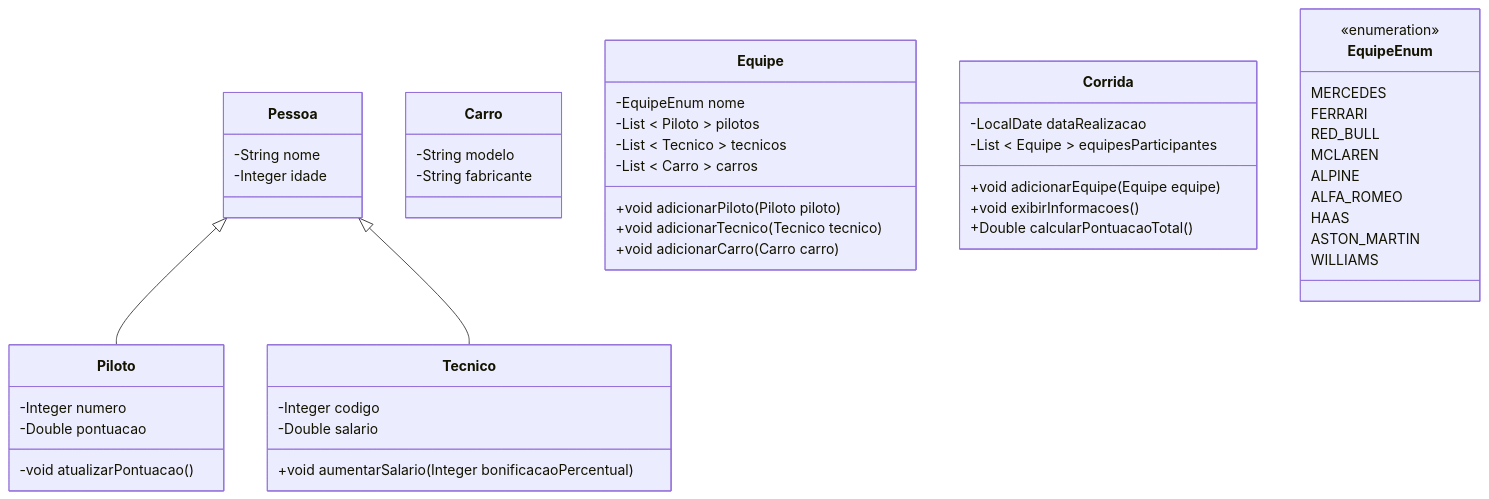
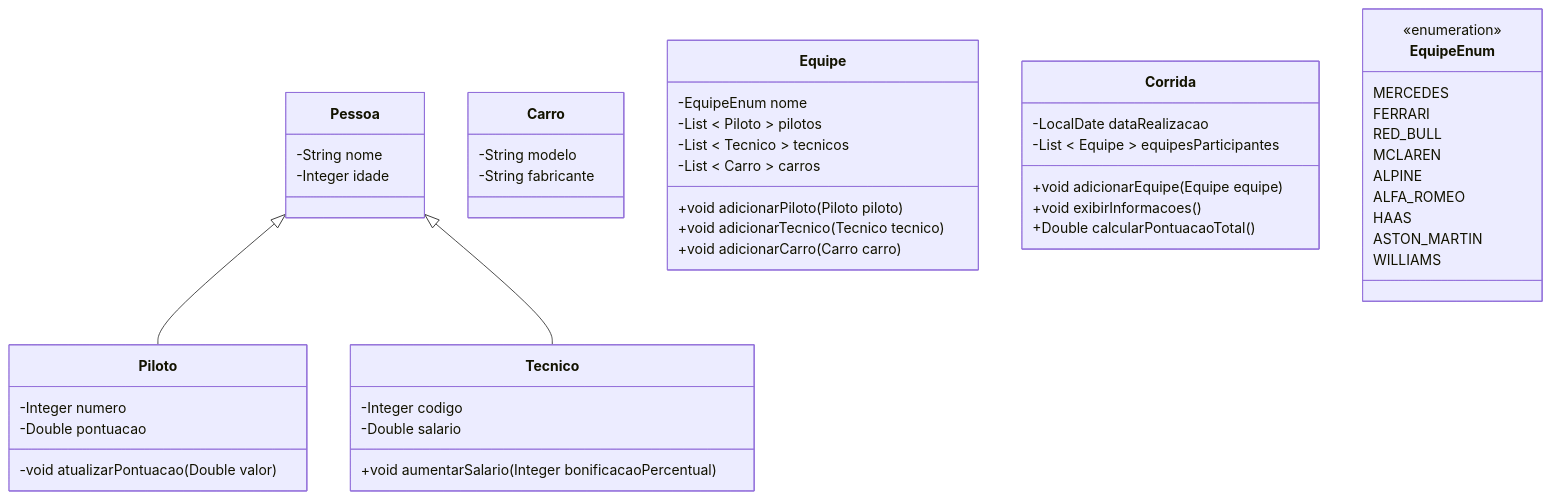
The diagram in exercicio-002/versao-002/README.md (heltonricardo/enunciados-exercicios-java), drawn with Mermaid before and after one commit. The commit also changed other lines of this file, not shown here.

````diff
--- a/exercicio-002/versao-002/README.md
+++ b/exercicio-002/versao-002/README.md
@@ -13,59 +13,59 @@
 ```mermaid
 classDiagram
 
 class Pessoa {
   -String nome
   -Integer idade
 }
 
 class Piloto {
   -Integer numero
   -Double pontuacao
-  -void atualizarPontuacao()
+  -void atualizarPontuacao(Double valor)
 }
 
 class Tecnico {
   -Integer codigo
   -Double salario
   +void aumentarSalario(Integer bonificacaoPercentual)
 }
 
 class Carro {
   -String modelo
   -String fabricante
 }
 
 class Equipe {
   -EquipeEnum nome
   -List < Piloto > pilotos
   -List < Tecnico > tecnicos
   -List < Carro > carros
   +void adicionarPiloto(Piloto piloto)
   +void adicionarTecnico(Tecnico tecnico)
   +void adicionarCarro(Carro carro)
 }
 
 class Corrida {
   -LocalDate dataRealizacao
   -List < Equipe > equipesParticipantes
   +void adicionarEquipe(Equipe equipe)
   +void exibirInformacoes()
   +Double calcularPontuacaoTotal()
 }
 
 class EquipeEnum {
   <<enumeration>>
   MERCEDES
   FERRARI
   RED_BULL
   MCLAREN
   ALPINE
   ALFA_ROMEO
   HAAS
   ASTON_MARTIN
   WILLIAMS
 }
 
 Pessoa <|-- Piloto
 Pessoa <|-- Tecnico
 ```
````
